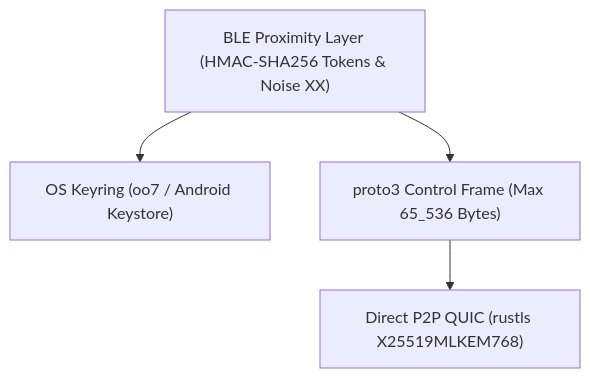
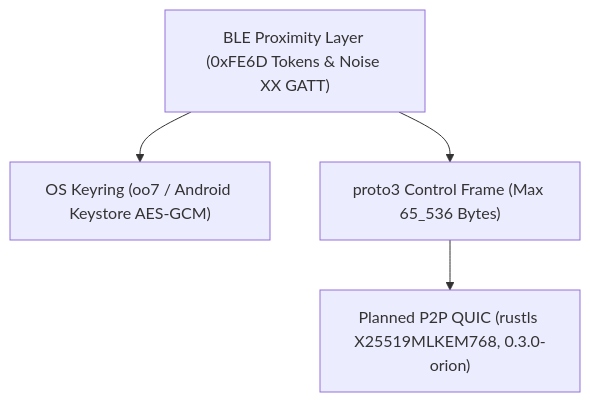
One commit to hydrafog/keynear changed the diagram in docs/security-compliance/threat-model.md. Above: the diagram before and after it, drawn with Mermaid. The commit also changed other lines of this file and 7 other files, not shown here.

````diff
--- a/docs/security-compliance/threat-model.md
+++ b/docs/security-compliance/threat-model.md
@@ -7,6 +7,6 @@
 ```mermaid
 flowchart TD
-  ble["BLE Proximity Layer (HMAC-SHA256 Tokens & Noise XX)"] --> keyring["OS Keyring (oo7 / Android Keystore)"]
+  ble["BLE Proximity Layer (0xFE6D Tokens & Noise XX GATT)"] --> keyring["OS Keyring (oo7 / Android Keystore AES-GCM)"]
   ble --> frame["proto3 Control Frame (Max 65_536 Bytes)"]
-  frame --> quic["Direct P2P QUIC (rustls X25519MLKEM768)"]
+  frame --> quic["Planned P2P QUIC (rustls X25519MLKEM768, 0.3.0-orion)"]
 ```
````
